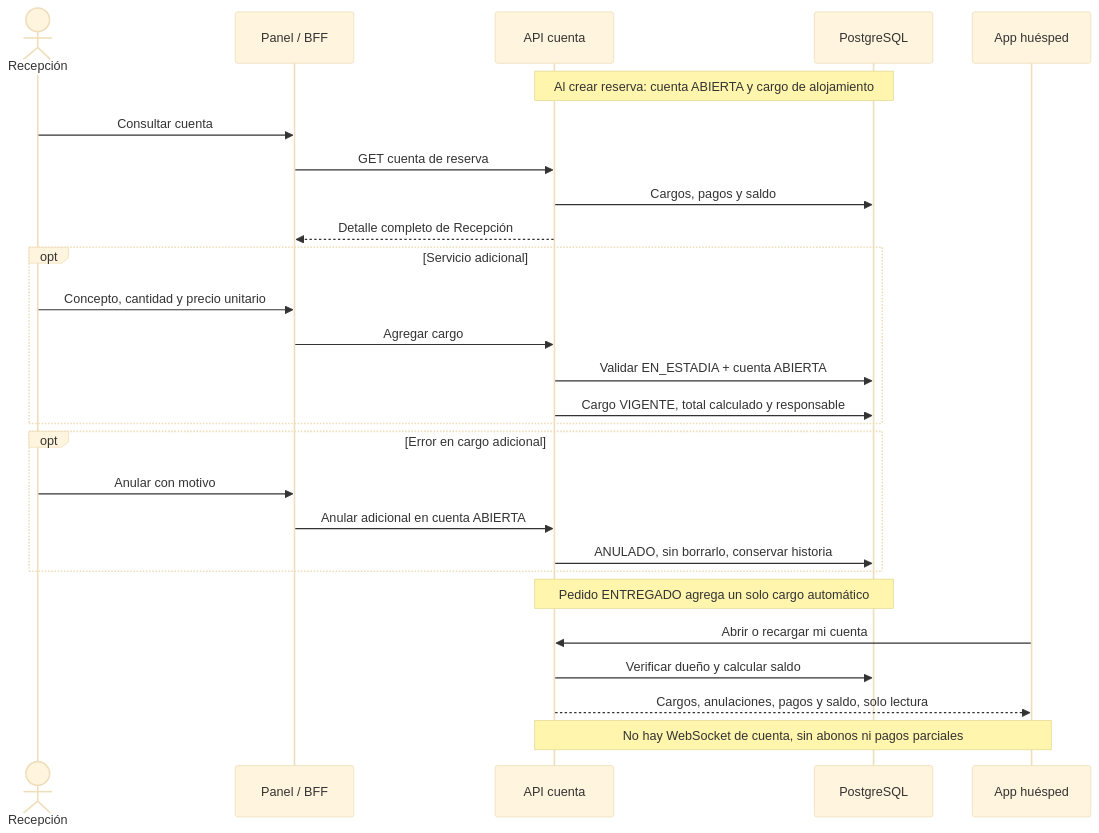
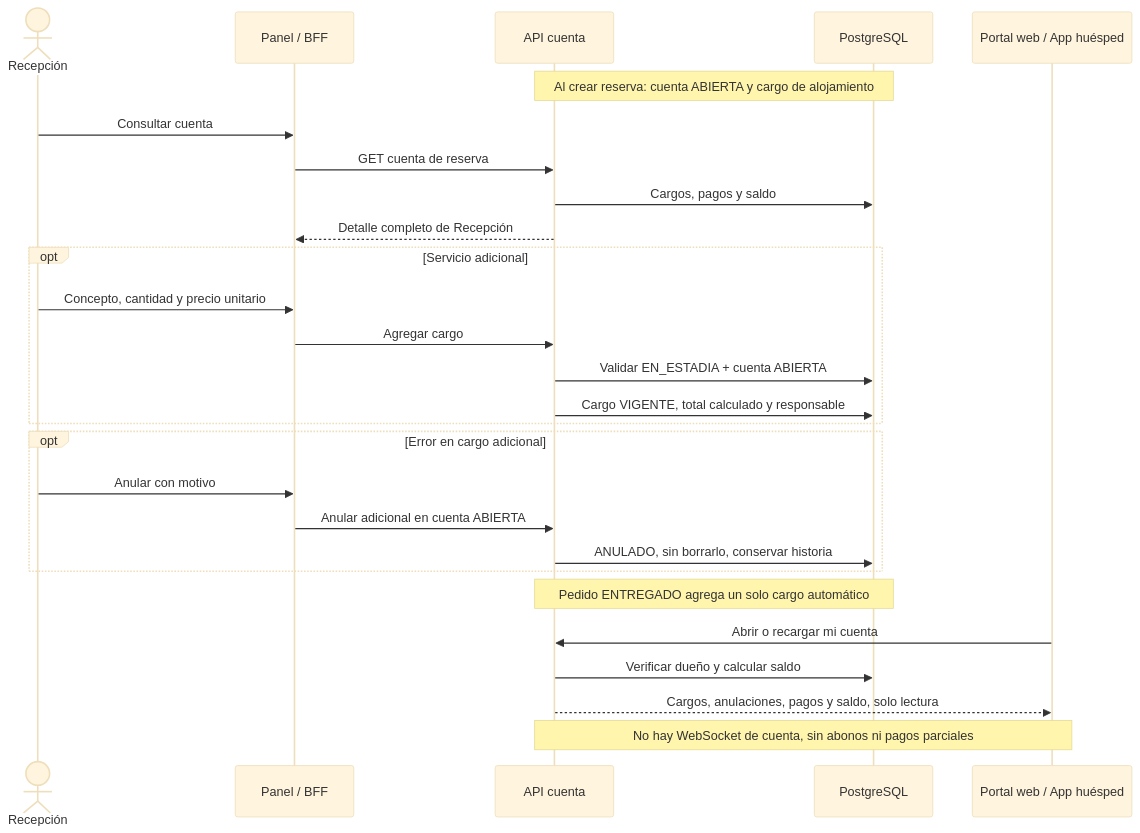
Before and after one commit to villaserenaguatee/villa-serena-docs: the diagram in 03-arquitectura/diagramas-sistema/15-secuencia-cuenta-cargos-y-saldo.md, drawn with Mermaid (base theme). The commit also changed other lines of this file and 7 other files, not shown here.

````diff
--- a/03-arquitectura/diagramas-sistema/15-secuencia-cuenta-cargos-y-saldo.md
+++ b/03-arquitectura/diagramas-sistema/15-secuencia-cuenta-cargos-y-saldo.md
@@ -7,29 +9,29 @@
 ```mermaid
 sequenceDiagram
   actor R as Recepción
   participant B as Panel / BFF
   participant S as API cuenta
   participant D as PostgreSQL
-  participant A as App huésped
+  participant A as Portal web / App huésped
   Note over S,D: Al crear reserva: cuenta ABIERTA y cargo de alojamiento
   R->>B: Consultar cuenta
   B->>S: GET cuenta de reserva
   S->>D: Cargos, pagos y saldo
   S-->>B: Detalle completo de Recepción
   opt Servicio adicional
     R->>B: Concepto, cantidad y precio unitario
     B->>S: Agregar cargo
     S->>D: Validar EN_ESTADIA + cuenta ABIERTA
     S->>D: Cargo VIGENTE, total calculado y responsable
   end
   opt Error en cargo adicional
     R->>B: Anular con motivo
     B->>S: Anular adicional en cuenta ABIERTA
     S->>D: ANULADO, sin borrarlo, conservar historia
   end
   Note over S,D: Pedido ENTREGADO agrega un solo cargo automático
   A->>S: Abrir o recargar mi cuenta
   S->>D: Verificar dueño y calcular saldo
   S-->>A: Cargos, anulaciones, pagos y saldo, solo lectura
   Note over A,S: No hay WebSocket de cuenta, sin abonos ni pagos parciales
 ```
````
